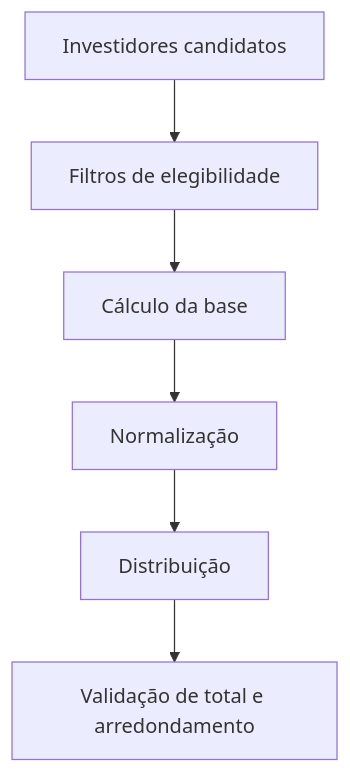
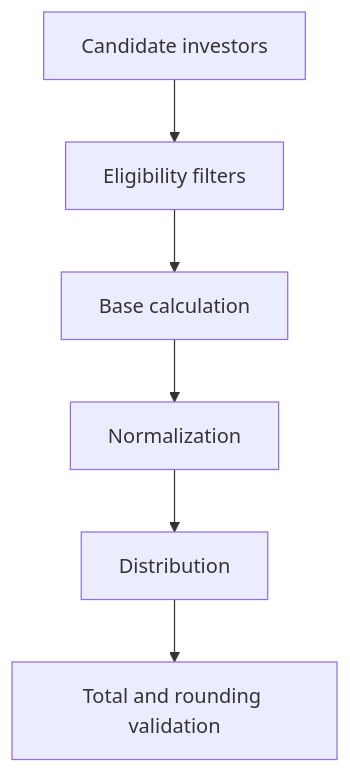
Before and after one commit to msekimoto/investran: the second of 2 diagrams in docs/allocation-rules/anatomy.md, drawn with Mermaid. The commit also changed other lines of this file and 52 other files, not shown here.

````diff
--- a/docs/allocation-rules/anatomy.md
+++ b/docs/allocation-rules/anatomy.md
@@ -40,8 +29,8 @@
 ```mermaid
 flowchart TD
-    I[Investidores candidatos] --> F[Filtros de elegibilidade]
-    F --> B[Cálculo da base]
-    B --> N[Normalização]
-    N --> D[Distribuição]
-    D --> V[Validação de total e arredondamento]
+    I[Candidate investors] --> F[Eligibility filters]
+    F --> B[Base calculation]
+    B --> N[Normalization]
+    N --> D[Distribution]
+    D --> V[Total and rounding validation]
 ```
````
